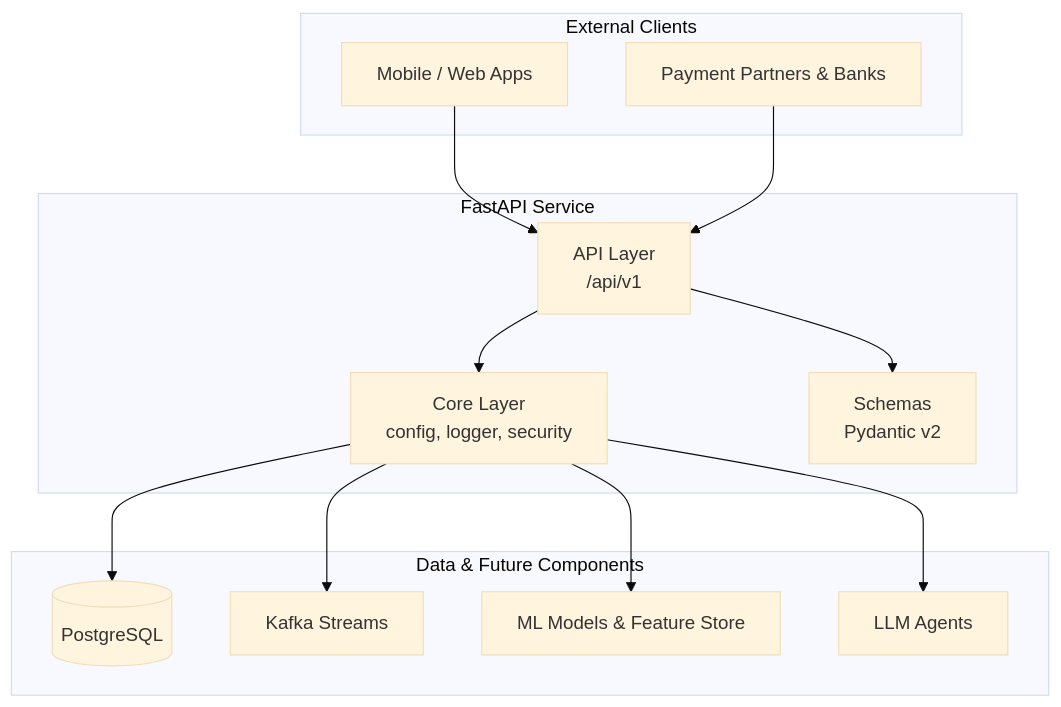
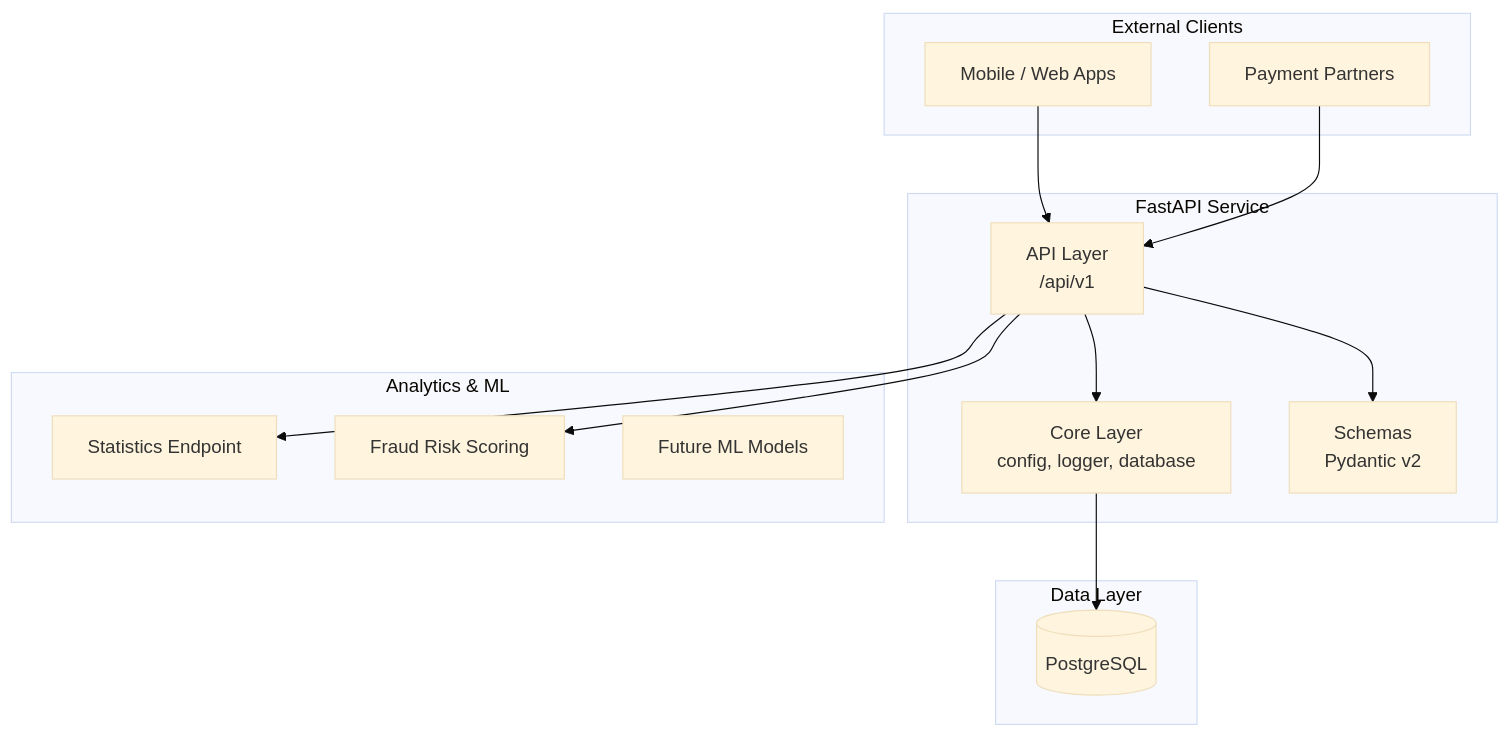
The diagram in README.md (ginko97/transaction-processing-service), drawn with Mermaid (base theme) before and after one commit. The commit also changed other lines of this file and 2 other files, not shown here.

Commit message:
fix: apply end-of-file-fixer and other pre-commit fixes

````diff
--- a/README.md
+++ b/README.md
@@ -18,31 +17,34 @@
 ```mermaid
 flowchart TD
     subgraph Client["External Clients"]
         A[Mobile / Web Apps]
-        B[Payment Partners & Banks]
+        B[Payment Partners]
     end
 
     subgraph API["FastAPI Service"]
         C[API Layer<br/>/api/v1]
-        D[Core Layer<br/>config, logger, security]
+        D[Core Layer<br/>config, logger, database]
         E[Schemas<br/>Pydantic v2]
     end
 
-    subgraph Data["Data & Future Components"]
+    subgraph Data["Data Layer"]
         F[(PostgreSQL)]
-        G[Kafka Streams]
-        H[ML Models & Feature Store]
-        I[LLM Agents]
+    end
+
+    subgraph Analytics["Analytics & ML"]
+        G[Statistics Endpoint]
+        H[Fraud Risk Scoring]
+        I[Future ML Models]
     end
 
     A --> C
     B --> C
 
     C --> D
     C --> E
 
     D --> F
-    D --> G
-    D --> H
-    D --> I
+
+    C --> G
+    C --> H
 ```
````
